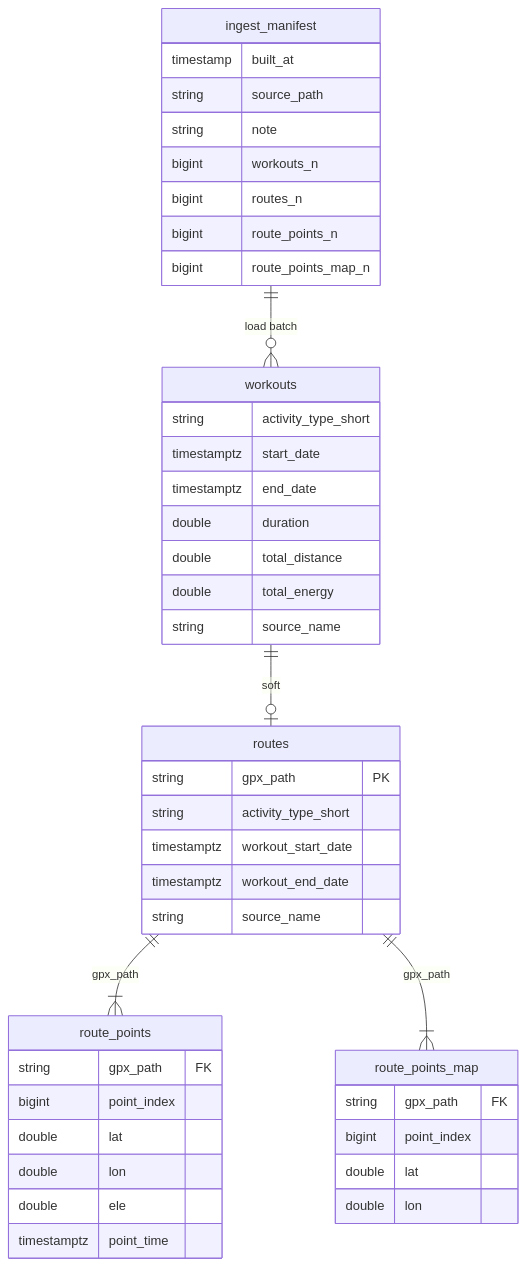
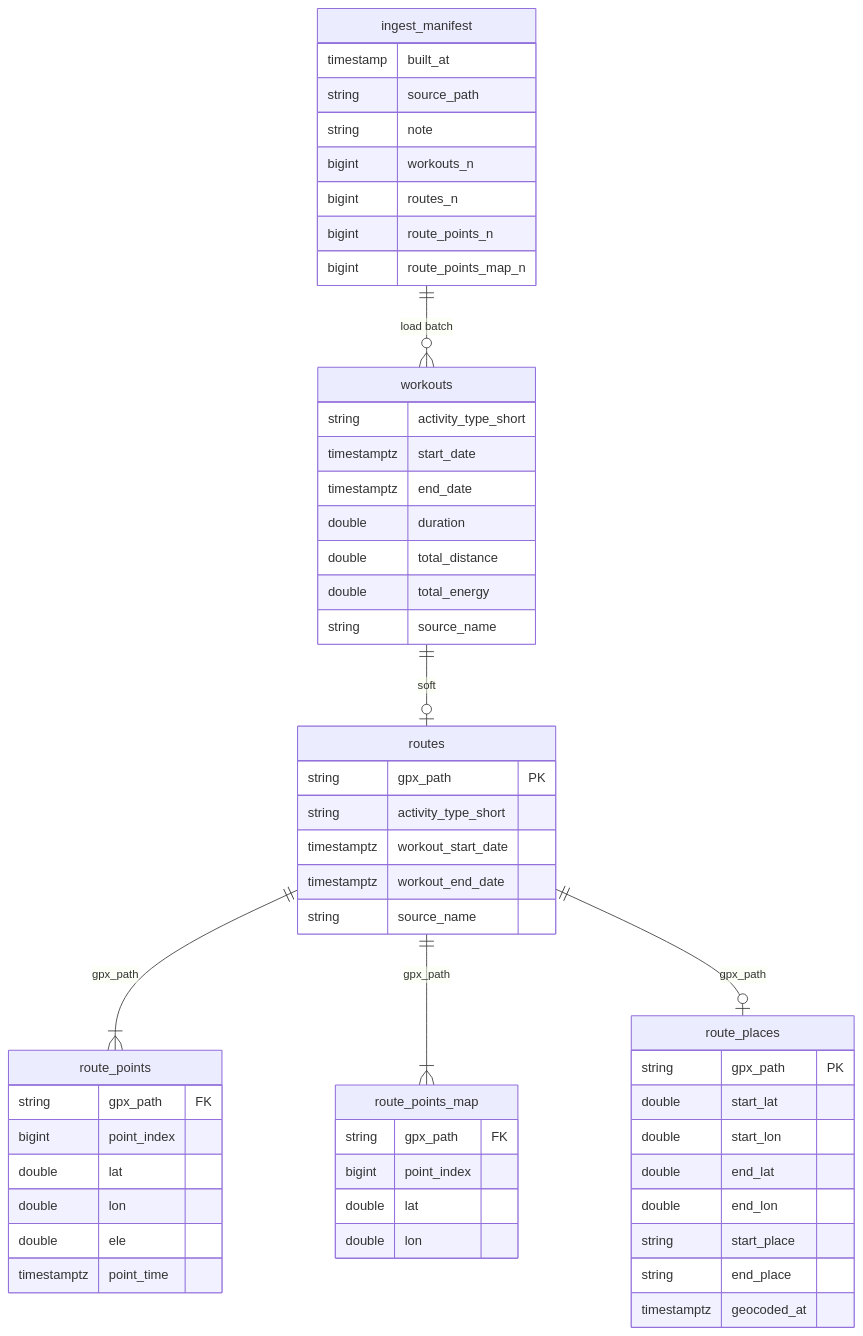
Before and after one commit to Mjboothaus/duckdb-apple-health: the third of 3 diagrams in docs/ERD.md, drawn with Mermaid. The commit also changed other lines of this file and 4 other files, not shown here.

First line of the commit message:
feat: materialise route start/end places into DuckDB

````diff
--- a/docs/ERD.md
+++ b/docs/ERD.md
@@ -104,47 +104,58 @@
 ```mermaid
 erDiagram
   workouts ||--o| routes : "soft"
   routes ||--|{ route_points : "gpx_path"
   routes ||--|{ route_points_map : "gpx_path"
+  routes ||--o| route_places : "gpx_path"
   ingest_manifest ||--o{ workouts : "load batch"
 
   workouts {
     string activity_type_short
     timestamptz start_date
     timestamptz end_date
     double duration
     double total_distance
     double total_energy
     string source_name
   }
   routes {
     string gpx_path PK
     string activity_type_short
     timestamptz workout_start_date
     timestamptz workout_end_date
     string source_name
   }
   route_points {
     string gpx_path FK
     bigint point_index
     double lat
     double lon
     double ele
     timestamptz point_time
   }
   route_points_map {
     string gpx_path FK
     bigint point_index
     double lat
     double lon
   }
+  route_places {
+    string gpx_path PK
+    double start_lat
+    double start_lon
+    double end_lat
+    double end_lon
+    string start_place
+    string end_place
+    timestamptz geocoded_at
+  }
   ingest_manifest {
     timestamp built_at
     string source_path
     string note
     bigint workouts_n
     bigint routes_n
     bigint route_points_n
     bigint route_points_map_n
   }
 ```
````
